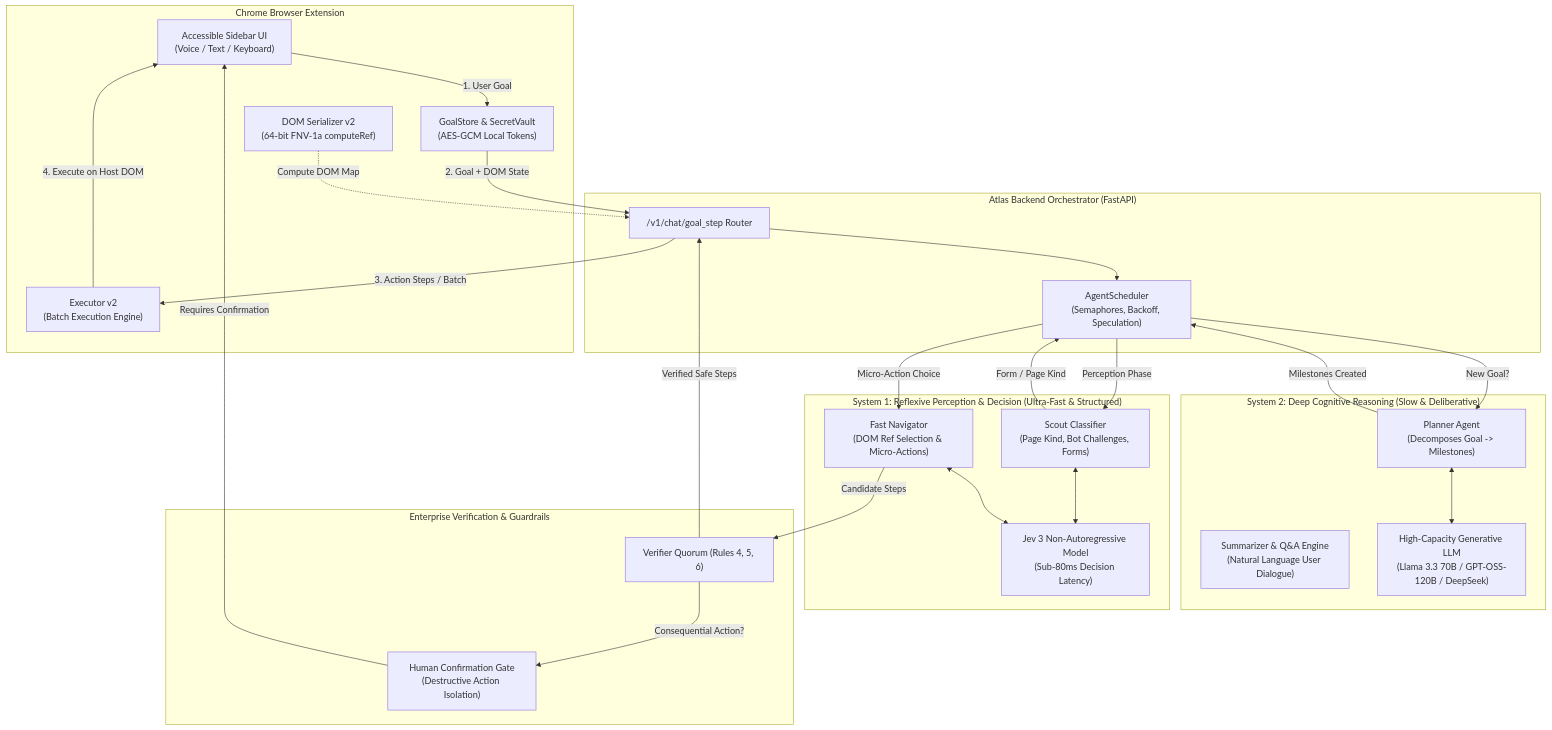
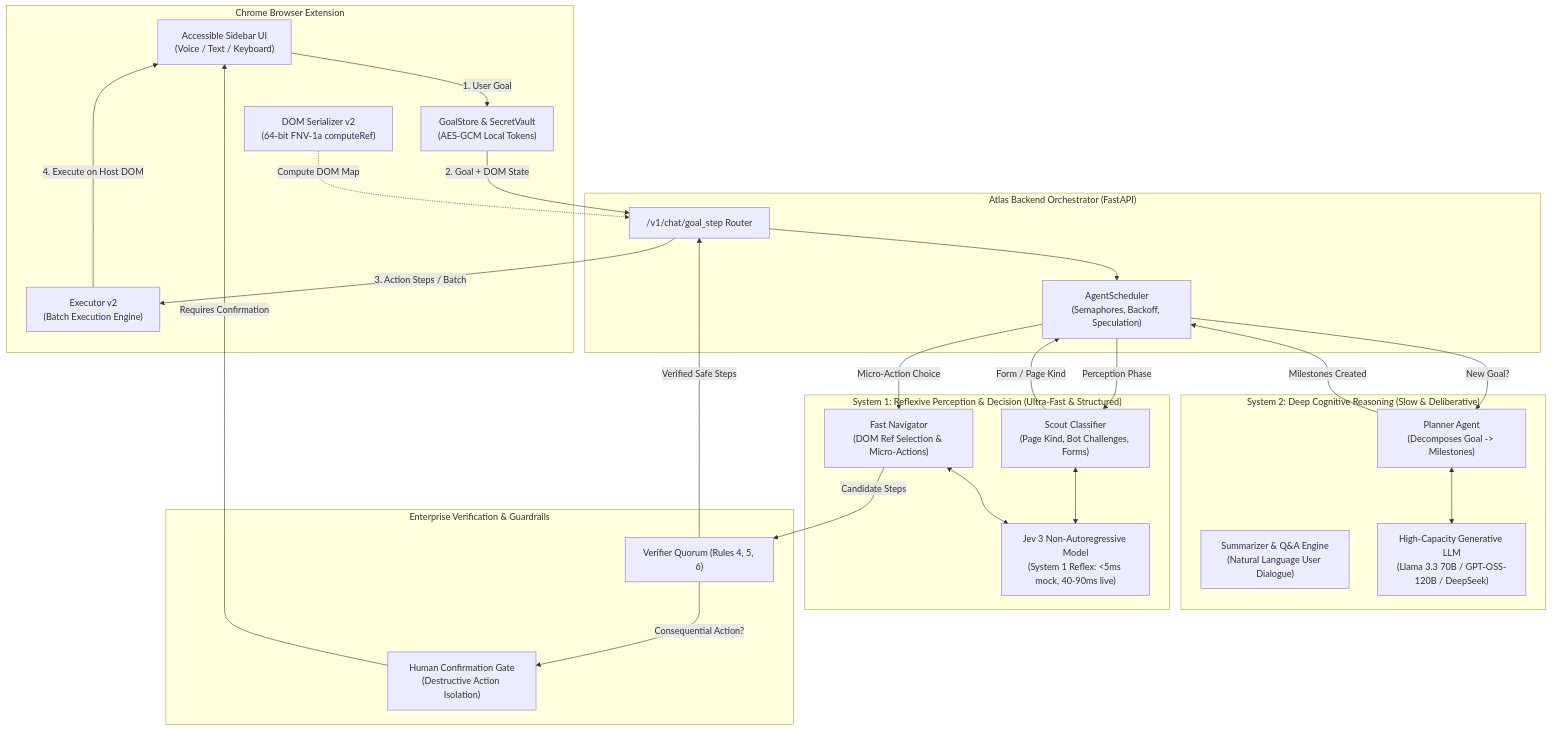
The first of 2 diagrams in docs/final_plan.md (Abdelrahman-Aboelnour06/Project-Atlas), drawn with Mermaid before and after one commit. The commit also changed other lines of this file and 68 other files, not shown here.

````diff
--- a/docs/final_plan.md
+++ b/docs/final_plan.md
@@ -134,56 +134,56 @@
 ```mermaid
 flowchart TD
     subgraph Client["Chrome Browser Extension"]
         UI["Accessible Sidebar UI\n(Voice / Text / Keyboard)"]
         STORE["GoalStore & SecretVault\n(AES-GCM Local Tokens)"]
         SERIALIZER["DOM Serializer v2\n(64-bit FNV-1a computeRef)"]
         EXECUTOR["Executor v2\n(Batch Execution Engine)"]
     end
 
     subgraph Gateway["Atlas Backend Orchestrator (FastAPI)"]
         ROUTER["/v1/chat/goal_step Router"]
         SCHEDULER["AgentScheduler\n(Semaphores, Backoff, Speculation)"]
     end
 
     subgraph System2["System 2: Deep Cognitive Reasoning (Slow & Deliberative)"]
         PLANNER["Planner Agent\n(Decomposes Goal -> Milestones)"]
         EXPLAINER["Summarizer & Q&A Engine\n(Natural Language User Dialogue)"]
         LLM["High-Capacity Generative LLM\n(Llama 3.3 70B / GPT-OSS-120B / DeepSeek)"]
     end
 
     subgraph System1["System 1: Reflexive Perception & Decision (Ultra-Fast & Structured)"]
         SCOUT["Scout Classifier\n(Page Kind, Bot Challenges, Forms)"]
         NAV_FAST["Fast Navigator\n(DOM Ref Selection & Micro-Actions)"]
-        JEV["Jev 3 Non-Autoregressive Model\n(Sub-80ms Decision Latency)"]
+        JEV["Jev 3 Non-Autoregressive Model\n(System 1 Reflex: <5ms mock, 40-90ms live)"]
     end
 
     subgraph Safety["Enterprise Verification & Guardrails"]
         QUORUM["Verifier Quorum (Rules 4, 5, 6)"]
         GATE["Human Confirmation Gate\n(Destructive Action Isolation)"]
     end
 
     %% Flow connections
     UI -->|"1. User Goal"| STORE
     STORE -->|"2. Goal + DOM State"| ROUTER
     SERIALIZER -.->|"Compute DOM Map"| ROUTER
 
     ROUTER --> SCHEDULER
     SCHEDULER -->|"New Goal?"| PLANNER
     PLANNER <--> LLM
     PLANNER -->|"Milestones Created"| SCHEDULER
 
     SCHEDULER -->|"Perception Phase"| SCOUT
     SCOUT <--> JEV
     SCOUT -->|"Form / Page Kind"| SCHEDULER
 
     SCHEDULER -->|"Micro-Action Choice"| NAV_FAST
     NAV_FAST <--> JEV
     NAV_FAST -->|"Candidate Steps"| QUORUM
 
     QUORUM -->|"Consequential Action?"| GATE
     GATE -->|"Requires Confirmation"| UI
     QUORUM -->|"Verified Safe Steps"| ROUTER
 
     ROUTER -->|"3. Action Steps / Batch"| EXECUTOR
     EXECUTOR -->|"4. Execute on Host DOM"| UI
 ```
````
